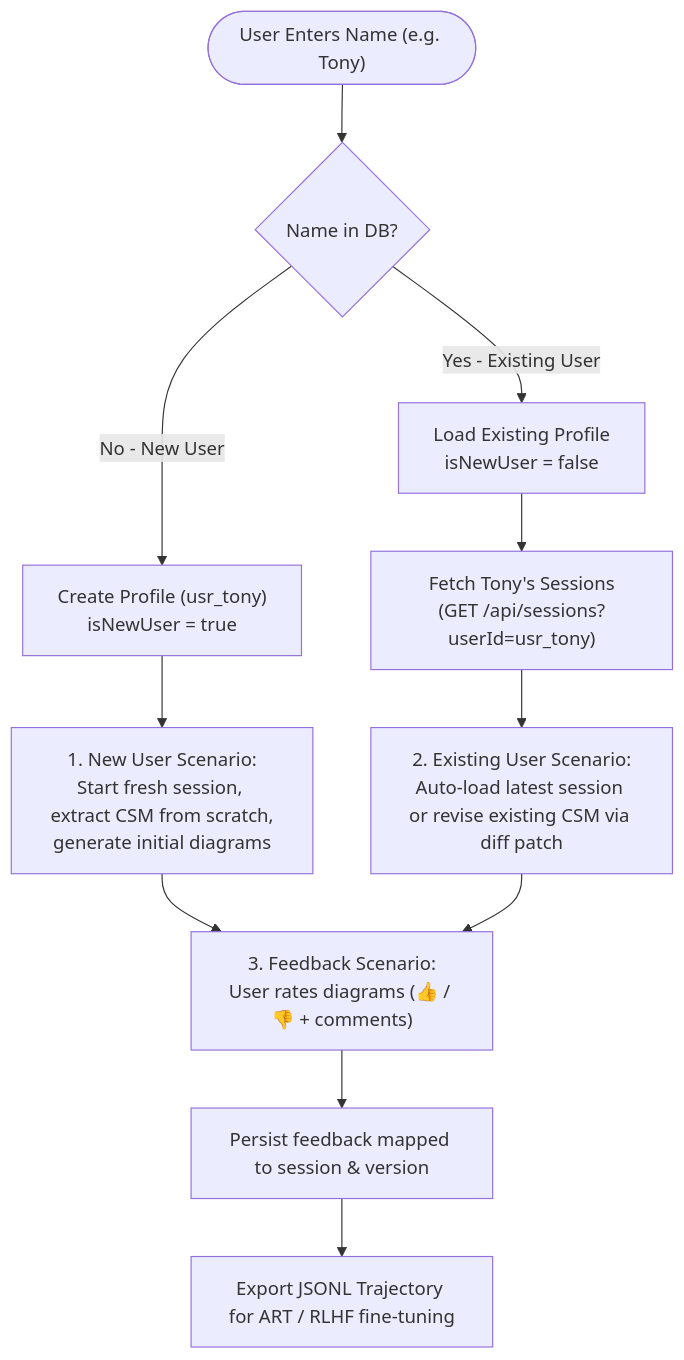
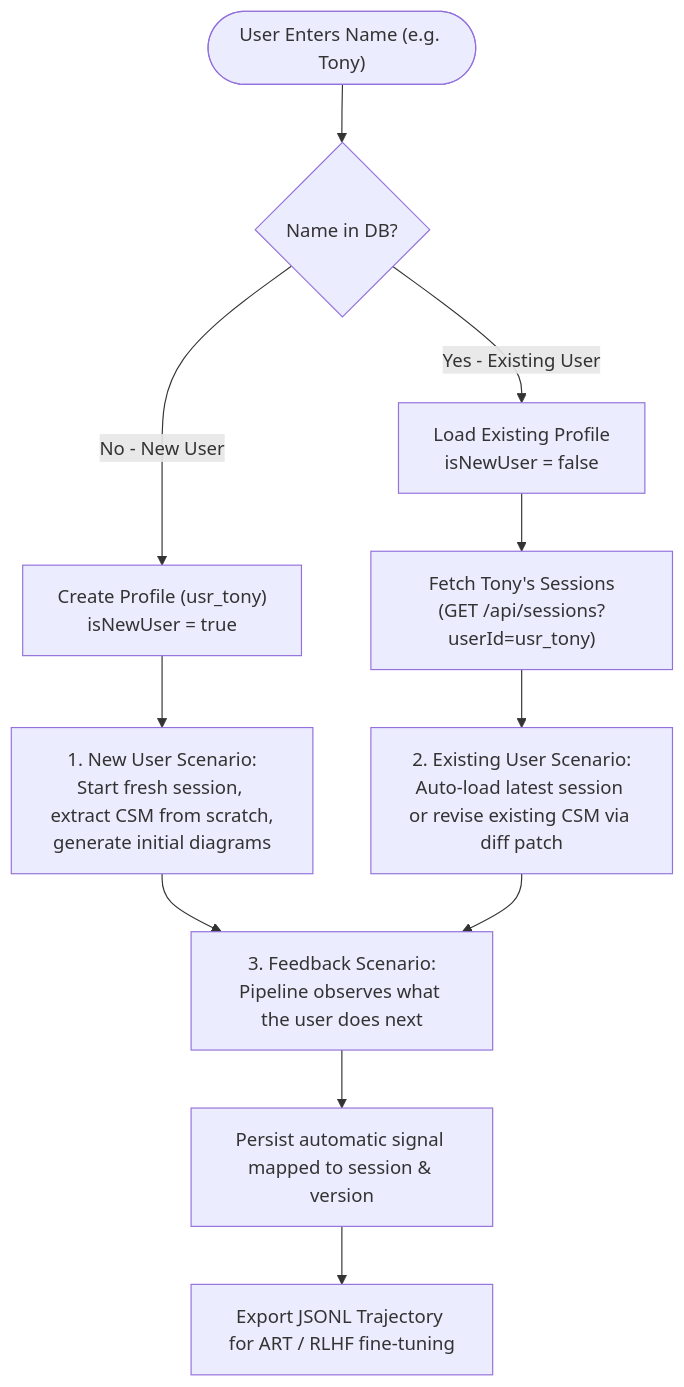
The first of 2 diagrams in README.md (Manus-MG/agentic-uml-generator), drawn with Mermaid before and after one commit. The commit also changed other lines of this file and 14 other files, not shown here.

Commit message:
refactor: remove manual UI-based feedback submission in favor of automated implicit signal tracking

````diff
--- a/README.md
+++ b/README.md
@@ -48,19 +48,19 @@
 ```mermaid
 flowchart TD
     Start(["User Enters Name (e.g. Tony)"]) --> Identify{"Name in DB?"}
     
     Identify -->|No - New User| CreateUser["Create Profile (usr_tony)<br/>isNewUser = true"]
     Identify -->|Yes - Existing User| LoadUser["Load Existing Profile<br/>isNewUser = false"]
     
     CreateUser --> FreshWorkspace["1. New User Scenario:<br/>Start fresh session, extract CSM from scratch,<br/>generate initial diagrams"]
     
     LoadUser --> FetchSessions["Fetch Tony's Sessions<br/>(GET /api/sessions?userId=usr_tony)"]
     FetchSessions --> ExistingWorkspace["2. Existing User Scenario:<br/>Auto-load latest session or revise existing CSM via diff patch"]
     
     FreshWorkspace --> UserFeedback
     ExistingWorkspace --> UserFeedback
     
-    UserFeedback["3. Feedback Scenario:<br/>User rates diagrams (👍 / 👎 + comments)"]
-    UserFeedback --> LogTrajectory["Persist feedback mapped to session & version"]
+    UserFeedback["3. Feedback Scenario:<br/>Pipeline observes what the user does next"]
+    UserFeedback --> LogTrajectory["Persist automatic signal mapped to session & version"]
     LogTrajectory --> ExportRL["Export JSONL Trajectory for ART / RLHF fine-tuning"]
 ```
````
